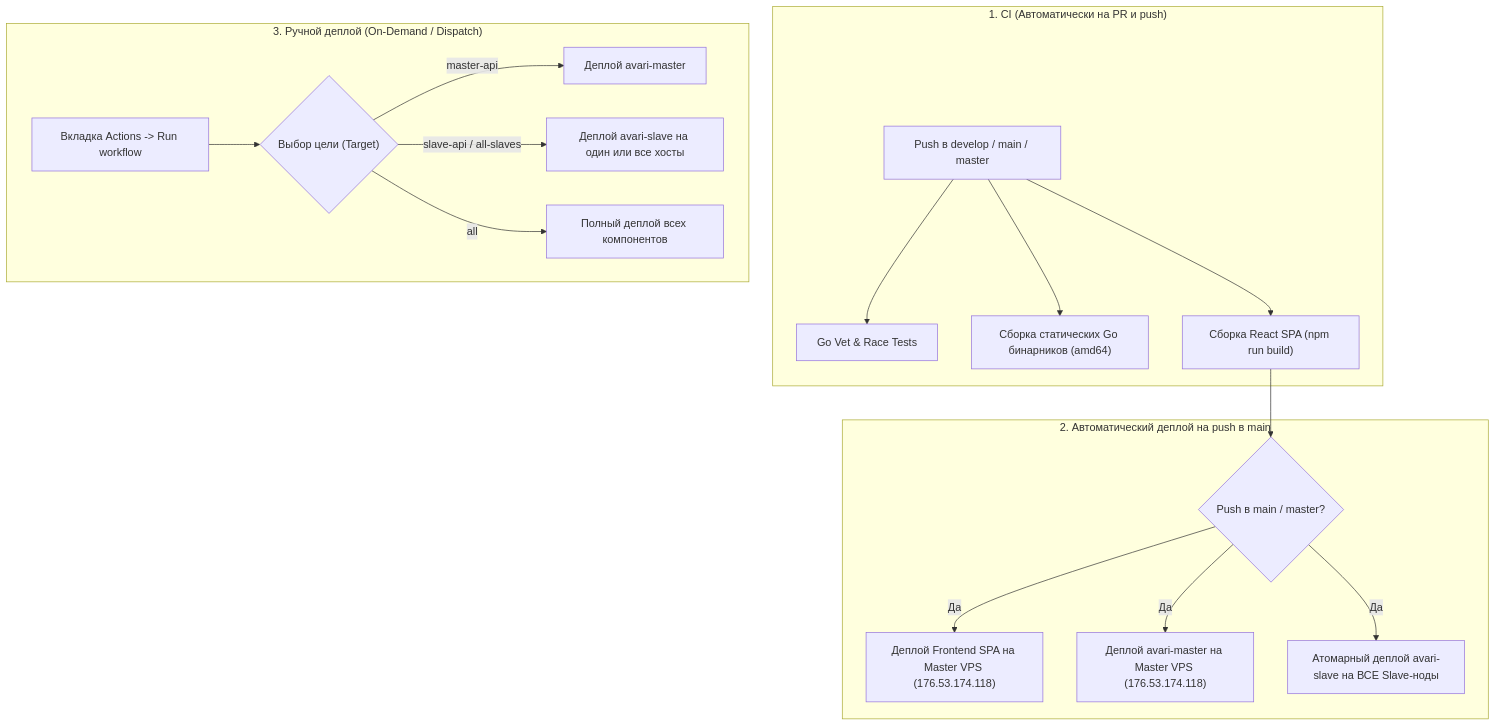
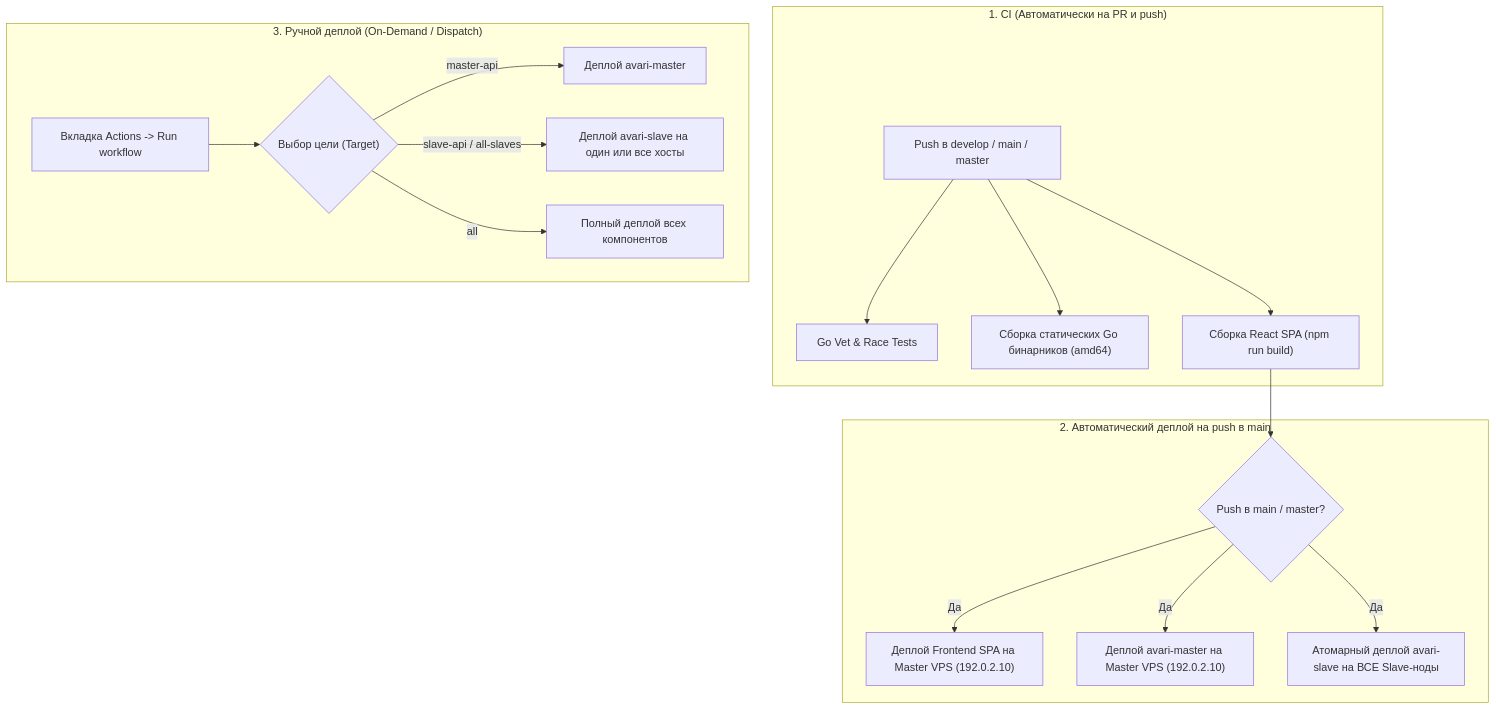
One commit to OstKost/avari-keys changed the diagram in _docs/CICD.md. Above: the diagram before and after it, drawn with Mermaid. The commit also changed other lines of this file and 48 other files, not shown here.

````diff
--- a/_docs/CICD.md
+++ b/_docs/CICD.md
@@ -11,22 +11,22 @@
 ```mermaid
 flowchart TD
     subgraph CI["1. CI (Автоматически на PR и push)"]
         A["Push в develop / main / master"] --> B["Go Vet & Race Tests"]
         A --> C["Сборка статических Go бинарников (amd64)"]
         A --> D["Сборка React SPA (npm run build)"]
     end
 
     subgraph CD_Auto["2. Автоматический деплой на push в main"]
         D --> E{"Push в main / master?"}
-        E -- Да --> F["Деплой Frontend SPA на Master VPS (176.53.174.118)"]
-        E -- Да --> G["Деплой avari-master на Master VPS (176.53.174.118)"]
+        E -- Да --> F["Деплой Frontend SPA на Master VPS (192.0.2.10)"]
+        E -- Да --> G["Деплой avari-master на Master VPS (192.0.2.10)"]
         E -- Да --> H["Атомарный деплой avari-slave на ВСЕ Slave-ноды"]
     end
 
     subgraph CD_Manual["3. Ручной деплой (On-Demand / Dispatch)"]
         I["Вкладка Actions -> Run workflow"] --> J{"Выбор цели (Target)"}
         J -- master-api --> K["Деплой avari-master"]
         J -- slave-api / all-slaves --> L["Деплой avari-slave на один или все хосты"]
         J -- all --> M["Полный деплой всех компонентов"]
     end
 ```
````
